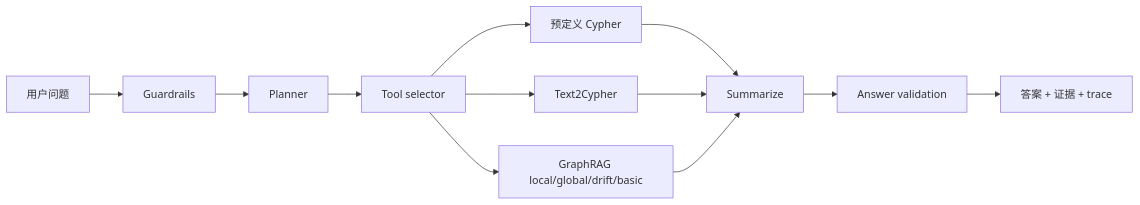
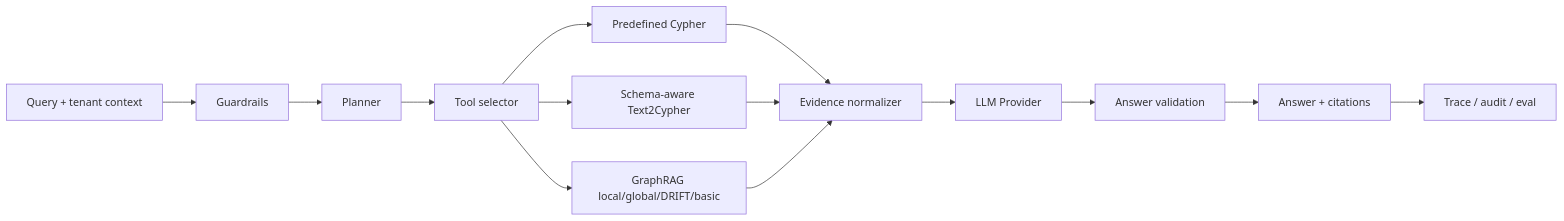
The diagram in README.md (thecatcarryingakeyboard/EvidenceGraphAgent), drawn with Mermaid before and after one commit. The commit also changed other lines of this file and 15 other files, not shown here.

````diff
--- a/README.md
+++ b/README.md
@@ -22,14 +39,16 @@
 ```mermaid
 flowchart LR
-    Q[用户问题] --> G[Guardrails]
+    U[Query + tenant context] --> G[Guardrails]
     G --> P[Planner]
     P --> S[Tool selector]
-    S --> C[预定义 Cypher]
-    S --> T[Text2Cypher]
-    S --> R[GraphRAG local/global/drift/basic]
-    C --> M[Summarize]
+    S --> C[Predefined Cypher]
+    S --> T[Schema-aware Text2Cypher]
+    S --> R[GraphRAG local/global/DRIFT/basic]
+    C --> M[Evidence normalizer]
     T --> M
     R --> M
-    M --> V[Answer validation]
-    V --> A[答案 + 证据 + trace]
+    M --> L[LLM Provider]
+    L --> V[Answer validation]
+    V --> A[Answer + citations]
+    A --> X[Trace / audit / eval]
 ```
````
